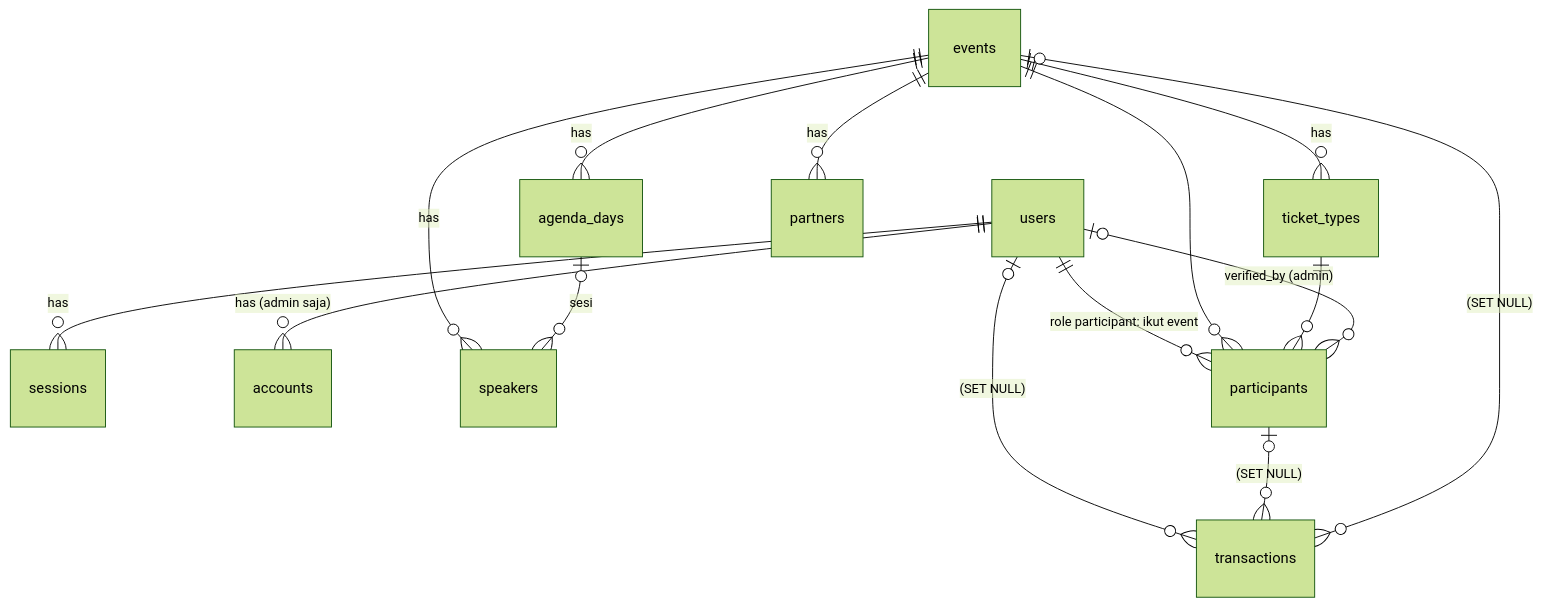
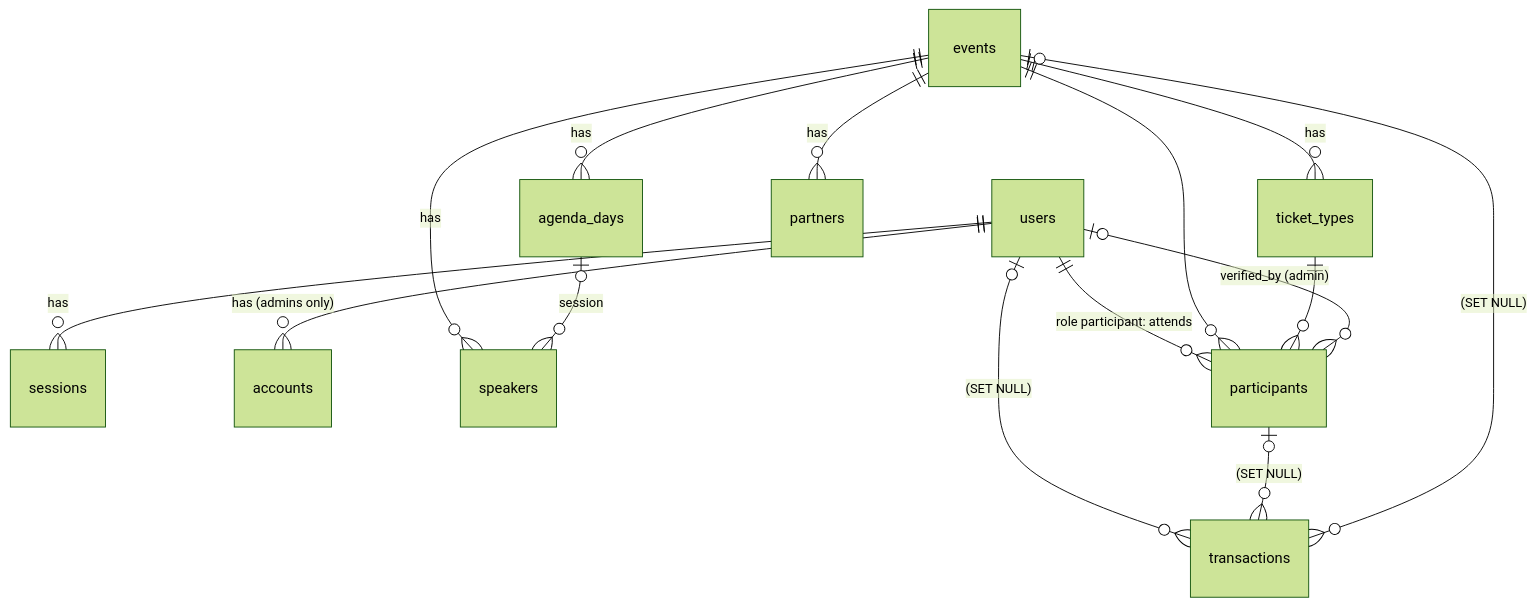
The diagram in docs/01-database-plan.md (jumat-kliwon/apacforum), drawn with Mermaid (forest theme) before and after one commit. The commit also changed other lines of this file and 80 other files, not shown here.

````diff
--- a/docs/01-database-plan.md
+++ b/docs/01-database-plan.md
@@ -37,20 +36,20 @@
 ```mermaid
 erDiagram
   users ||--o{ sessions : has
-  users ||--o{ accounts : "has (admin saja)"
+  users ||--o{ accounts : "has (admins only)"
 
   events ||--o{ agenda_days : has
   events ||--o{ speakers : has
   events ||--o{ partners : has
   events ||--o{ ticket_types : has
-  agenda_days |o--o{ speakers : "sesi"
+  agenda_days |o--o{ speakers : "session"
 
-  users ||--o{ participants : "role participant: ikut event"
+  users ||--o{ participants : "role participant: attends"
   events ||--o{ participants : ""
   ticket_types ||--o{ participants : ""
   users |o--o{ participants : "verified_by (admin)"
 
   users |o--o{ transactions : "(SET NULL)"
   participants |o--o{ transactions : "(SET NULL)"
   events |o--o{ transactions : "(SET NULL)"
 ```
````
